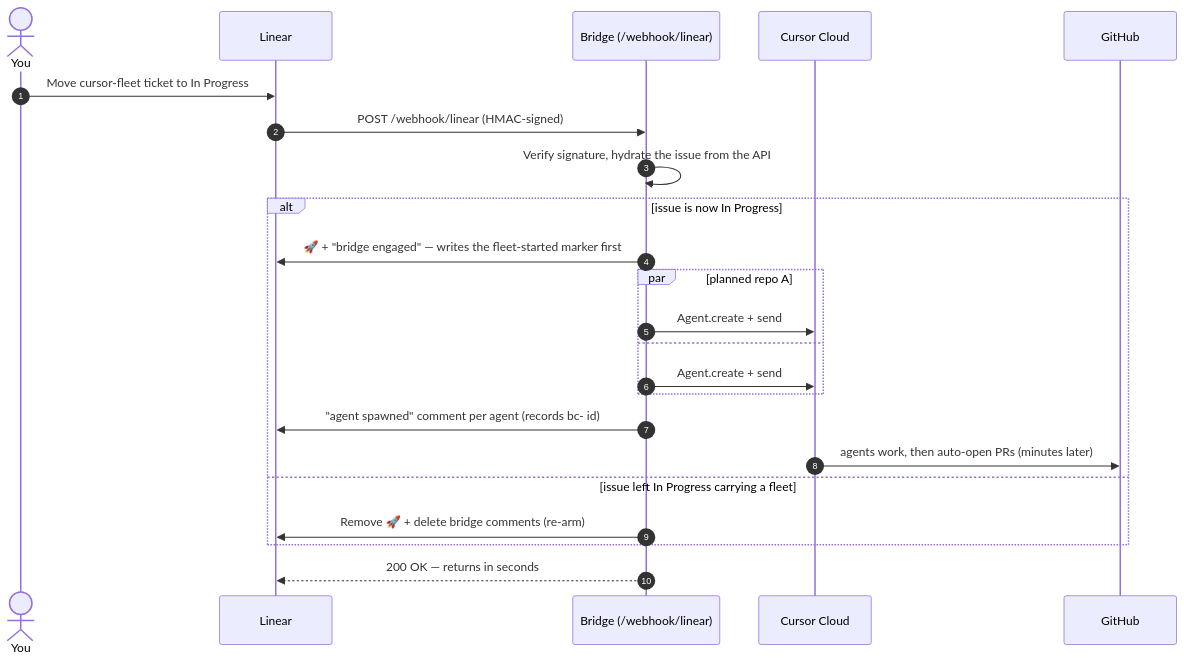
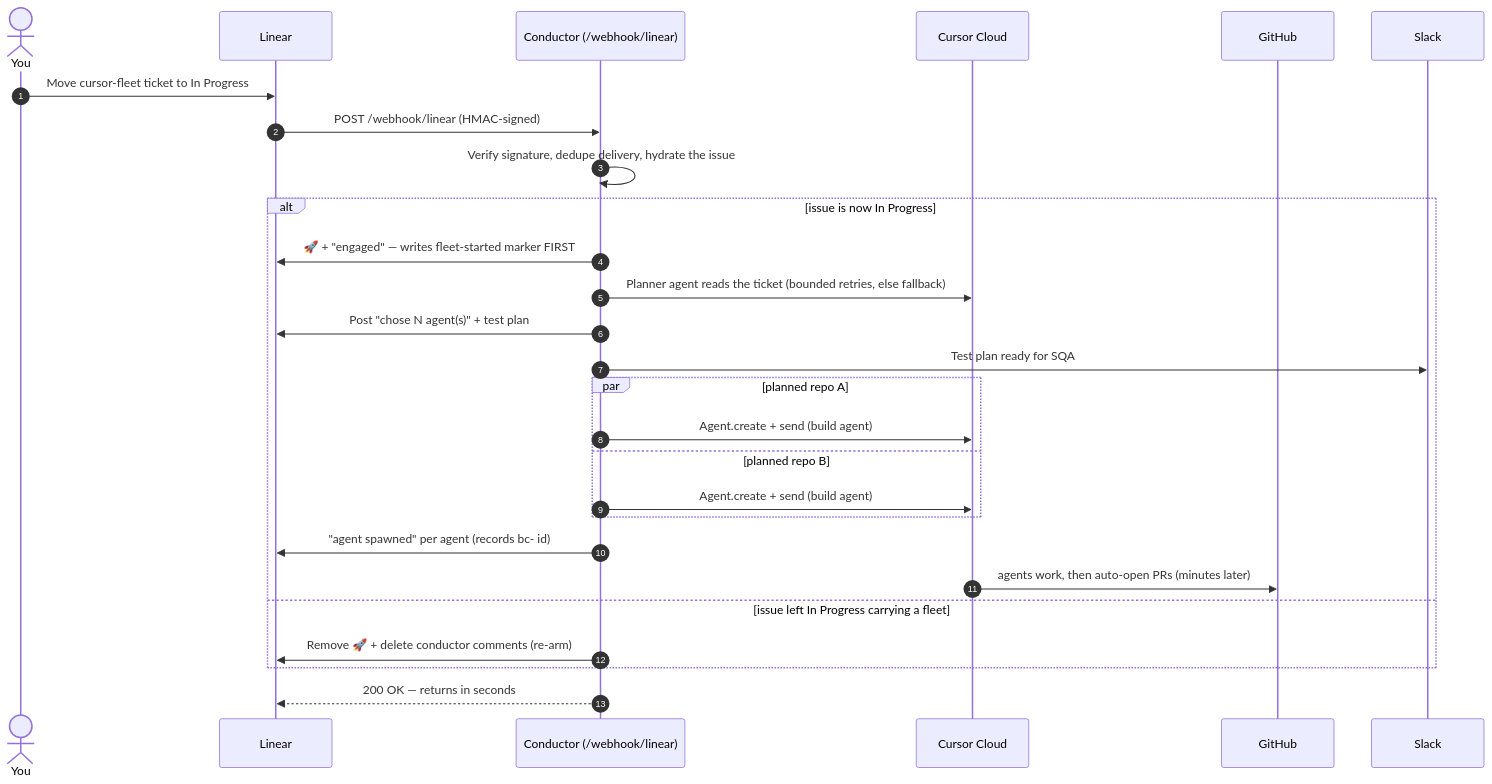
The third of 7 diagrams in ARCHITECTURE.md (hsaab/conductor), drawn with Mermaid before and after one commit. The commit also changed other lines of this file and 7 other files, not shown here.

````diff
--- a/ARCHITECTURE.md
+++ b/ARCHITECTURE.md
@@ -61,26 +121,30 @@
 ```mermaid
 sequenceDiagram
     autonumber
     actor You
     participant Linear
-    participant Bridge as Bridge (/webhook/linear)
+    participant Conductor as Conductor (/webhook/linear)
     participant Cloud as Cursor Cloud
     participant GitHub
+    participant Slack
 
     You->>Linear: Move cursor-fleet ticket to In Progress
-    Linear->>Bridge: POST /webhook/linear (HMAC-signed)
-    Bridge->>Bridge: Verify signature, hydrate the issue from the API
+    Linear->>Conductor: POST /webhook/linear (HMAC-signed)
+    Conductor->>Conductor: Verify signature, dedupe delivery, hydrate the issue
     alt issue is now In Progress
-        Bridge->>Linear: 🚀 + "bridge engaged" — writes the fleet-started marker first
+        Conductor->>Linear: 🚀 + "engaged" — writes fleet-started marker FIRST
+        Conductor->>Cloud: Planner agent reads the ticket (bounded retries, else fallback)
+        Conductor->>Linear: Post "chose N agent(s)" + test plan
+        Conductor->>Slack: Test plan ready for SQA
         par planned repo A
-            Bridge->>Cloud: Agent.create + send
-        and
-            Bridge->>Cloud: Agent.create + send
+            Conductor->>Cloud: Agent.create + send (build agent)
+        and planned repo B
+            Conductor->>Cloud: Agent.create + send (build agent)
         end
-        Bridge->>Linear: "agent spawned" comment per agent (records bc- id)
+        Conductor->>Linear: "agent spawned" per agent (records bc- id)
         Cloud->>GitHub: agents work, then auto-open PRs (minutes later)
     else issue left In Progress carrying a fleet
-        Bridge->>Linear: Remove 🚀 + delete bridge comments (re-arm)
+        Conductor->>Linear: Remove 🚀 + delete conductor comments (re-arm)
     end
-    Bridge-->>Linear: 200 OK — returns in seconds
+    Conductor-->>Linear: 200 OK — returns in seconds
 ```
````
